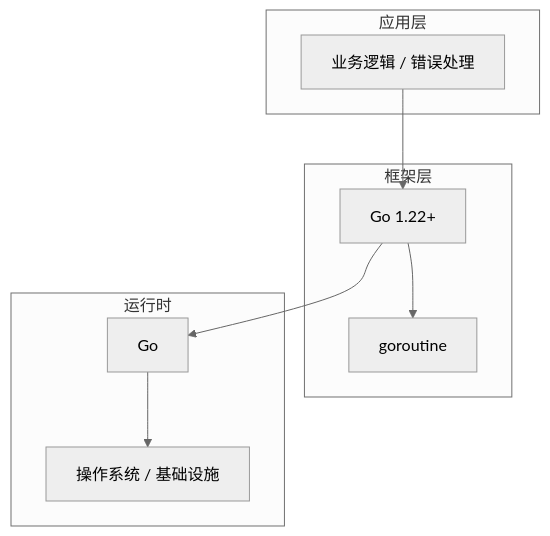
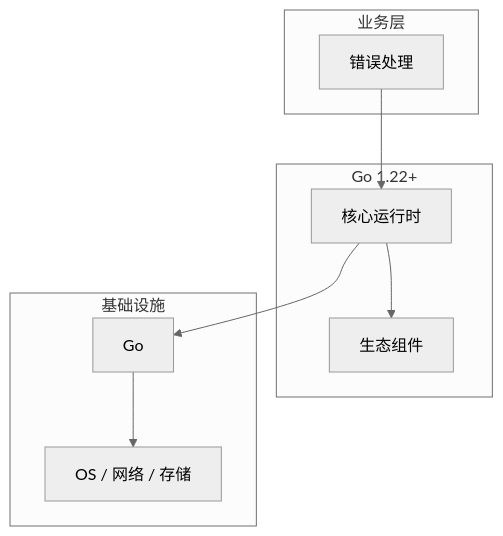
Before and after one commit to yanggan2015/knowledge-json-v2: the diagram in articles/Go语言/chapters/072-错误处理核心概念与原理.md, drawn with Mermaid (neutral theme). The commit also changed other lines of this file and 10127 other files, not shown here.

````diff
--- a/articles/Go语言/chapters/072-错误处理核心概念与原理.md
+++ b/articles/Go语言/chapters/072-错误处理核心概念与原理.md
@@ -45,18 +34,18 @@
 ```mermaid
 graph TB
-    subgraph 应用层
-        A[业务逻辑 / 错误处理]
+    subgraph 业务层
+        A[错误处理]
     end
-    subgraph 框架层
-        B[Go 1.22+]
-        C[goroutine]
+    subgraph Go 1.22+
+        B[核心运行时]
+        C[生态组件]
     end
-    subgraph 运行时
+    subgraph 基础设施
         D[Go]
-        E[操作系统 / 基础设施]
+        E[OS / 网络 / 存储]
     end
     A --> B
     B --> C
     B --> D
     D --> E
 ```
````
